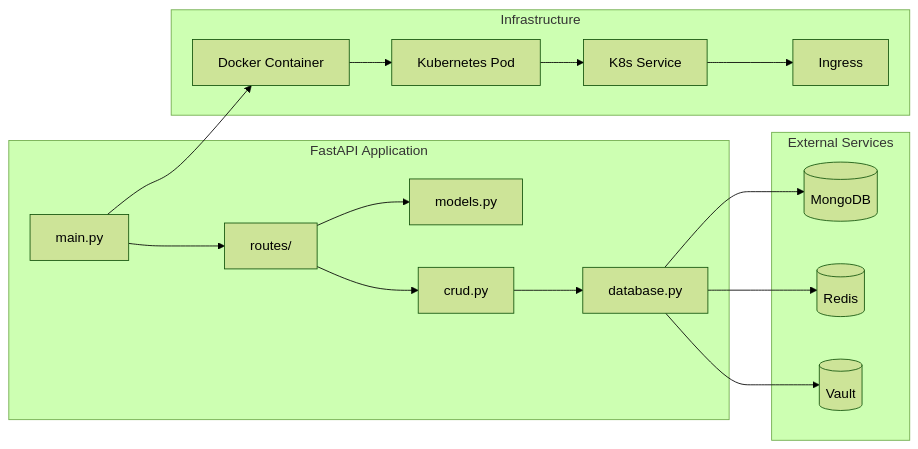
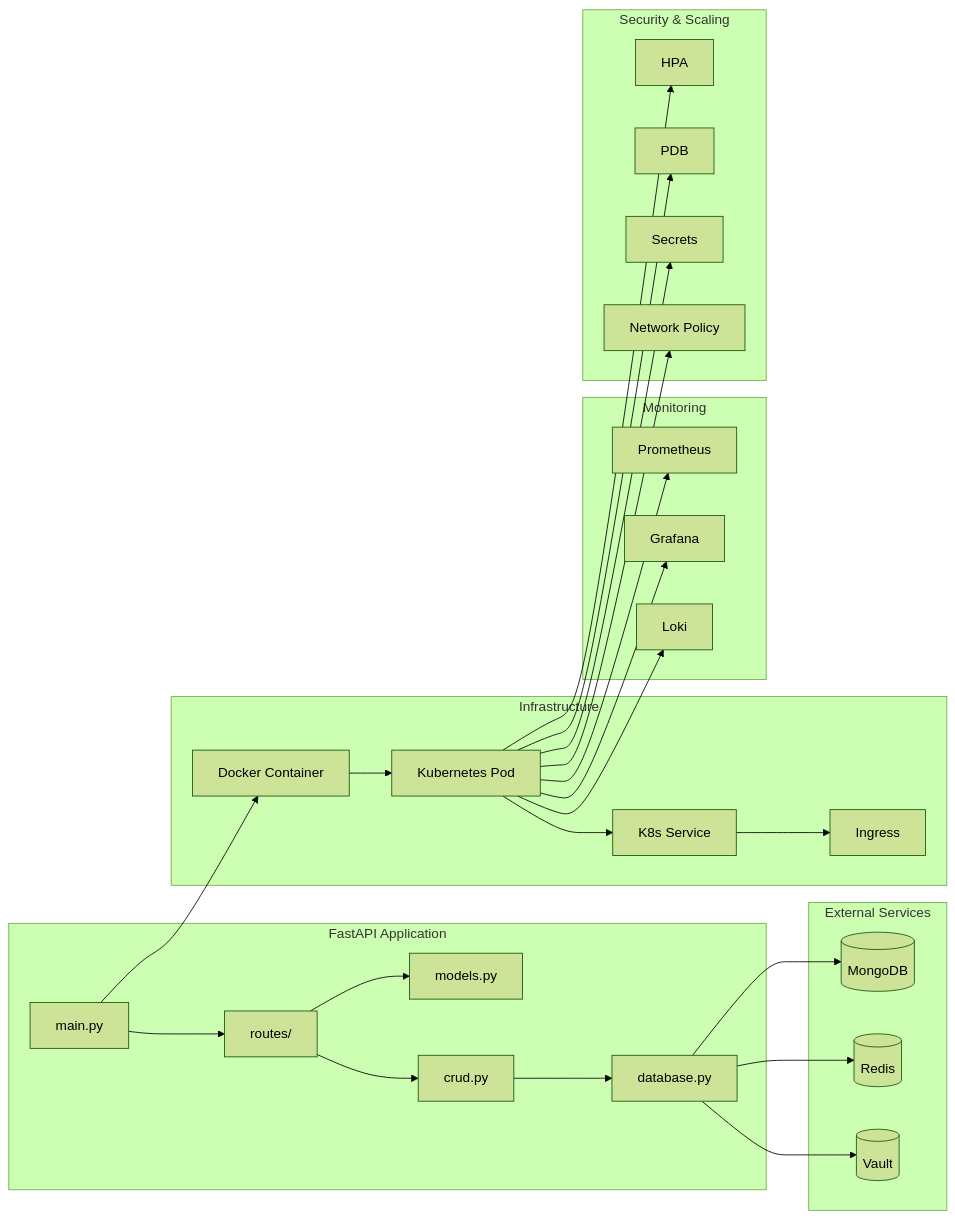
One commit to bonaventuresimeon/NativeSeries changed the fourth of 4 diagrams in README.md. Above: the diagram before and after it, drawn with Mermaid (forest theme). The commit also changed other lines of this file, not shown here.

Commit message:
Add monitoring, security, and auto-scaling features to README

````diff
--- a/README.md
+++ b/README.md
@@ -132,35 +224,55 @@
 ```mermaid
 graph LR
     subgraph "FastAPI Application"
         Main[main.py]
         Routes[routes/]
         Models[models.py]
         Database[database.py]
         CRUD[crud.py]
     end
     
     subgraph "External Services"
         MongoDB[(MongoDB)]
         Redis[(Redis)]
         Vault[(Vault)]
     end
     
     subgraph "Infrastructure"
         Docker[Docker Container]
         K8s[Kubernetes Pod]
         Service[K8s Service]
         Ingress[Ingress]
     end
     
+    subgraph "Monitoring"
+        Prometheus[Prometheus]
+        Grafana[Grafana]
+        Loki[Loki]
+    end
+    
+    subgraph "Security & Scaling"
+        HPA[HPA]
+        PDB[PDB]
+        Secrets[Secrets]
+        NetworkPolicy[Network Policy]
+    end
+    
     Main --> Routes
     Routes --> Models
     Routes --> CRUD
     CRUD --> Database
     Database --> MongoDB
     Database --> Redis
     Database --> Vault
     Main --> Docker
     Docker --> K8s
     K8s --> Service
     Service --> Ingress
+    K8s --> Prometheus
+    K8s --> Grafana
+    K8s --> Loki
+    K8s --> HPA
+    K8s --> PDB
+    K8s --> Secrets
+    K8s --> NetworkPolicy
 ```
````
